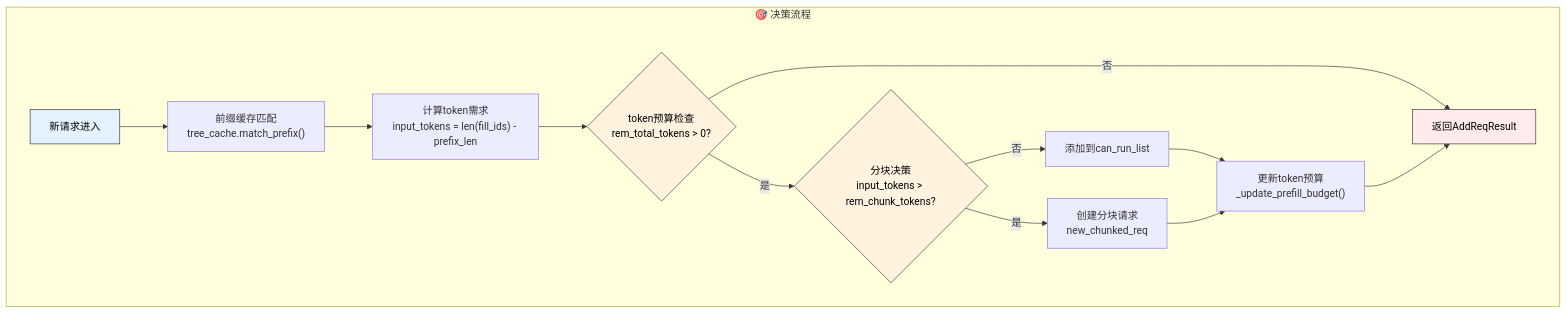
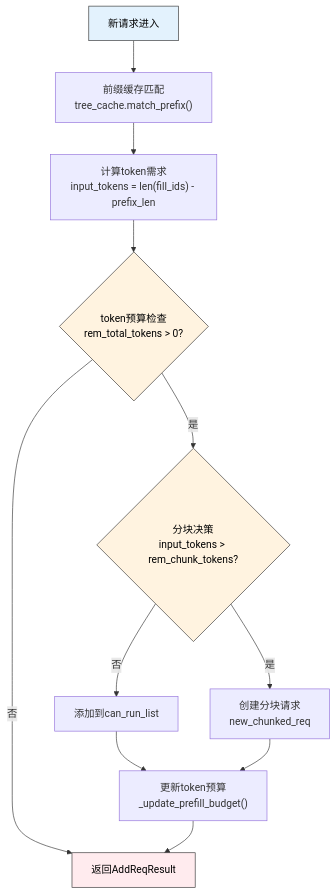
The fourth of 6 diagrams in SGLang开发者技术文档/01-调度器/04-批处理调度策略.md (JRChen0927/sglang), drawn with Mermaid before and after one commit. The commit also changed other lines of this file, not shown here.

````diff
--- a/SGLang开发者技术文档/01-调度器/04-批处理调度策略.md
+++ b/SGLang开发者技术文档/01-调度器/04-批处理调度策略.md
@@ -373,30 +365,28 @@
 ```mermaid
 graph TD
-    subgraph "🎯 决策流程"
-        A1["新请求进入"]
-        A2["前缀缓存匹配<br/>tree_cache.match_prefix()"]
-        A3["计算token需求<br/>input_tokens = len(fill_ids) - prefix_len"]
-        A4{"token预算检查<br/>rem_total_tokens > 0?"}
-        A5{"分块决策<br/>input_tokens > rem_chunk_tokens?"}
-        A6["添加到can_run_list"]
-        A7["创建分块请求<br/>new_chunked_req"]
-        A8["更新token预算<br/>_update_prefill_budget()"]
-        A9["返回AddReqResult"]
-    end
+    A1["新请求进入"]
+    A2["前缀缓存匹配<br/>tree_cache.match_prefix()"]
+    A3["计算token需求<br/>input_tokens = len(fill_ids) - prefix_len"]
+    A4{"token预算检查<br/>rem_total_tokens > 0?"}
+    A5{"分块决策<br/>input_tokens > rem_chunk_tokens?"}
+    A6["添加到can_run_list"]
+    A7["创建分块请求<br/>new_chunked_req"]
+    A8["更新token预算<br/>_update_prefill_budget()"]
+    A9["返回AddReqResult"]
 
     A1 --> A2
     A2 --> A3
     A3 --> A4
     A4 -->|是| A5
     A4 -->|否| A9
     A5 -->|否| A6
     A5 -->|是| A7
     A6 --> A8
     A7 --> A8
     A8 --> A9
 
     style A1 fill:#e3f2fd,color:#000000,stroke:#333
     style A4 fill:#fff3e0,color:#000000,stroke:#333
     style A5 fill:#fff3e0,color:#000000,stroke:#333
     style A9 fill:#ffebee,color:#000000,stroke:#333
 ```
````
